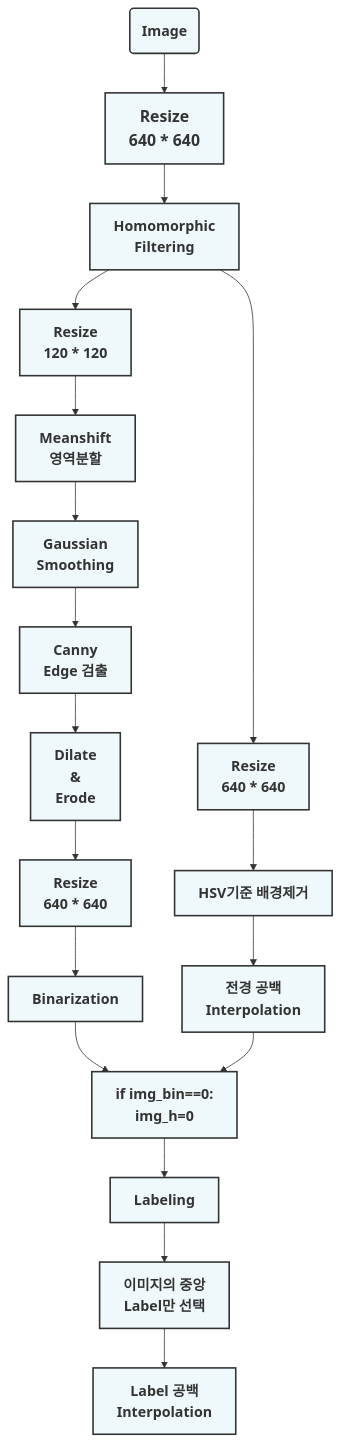
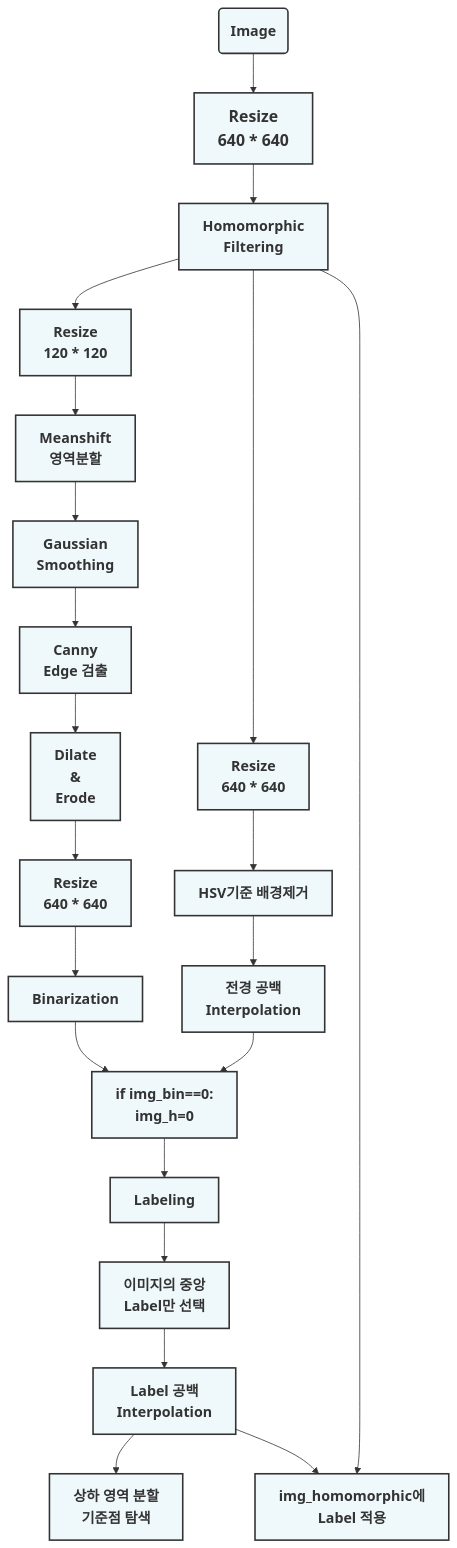
One commit to 201710808/-p changed the second of 2 diagrams in Readme.md. Above: the diagram before and after it, drawn with Mermaid.

````diff
--- a/Readme.md
+++ b/Readme.md
@@ -13,43 +13,50 @@
 ```mermaid
 graph
 A(<b><span style='font-size:18px'>Image</span></b>)-->B[<b><span style='font-size:20px'>Resize<br>640 * 640</span></b>]
 B-->C[<b><span style='font-size:18px'>Homomorphic<br>Filtering</span></b>]
 C-->D1[<b><span style='font-size:18px'>Resize<br>120 * 120</span></b>]
 D1-->E1[<b><span style='font-size:18px'>Meanshift<br>영역분할</span></b>]
 E1-->F1[<b><span style='font-size:18px'>Gaussian<br>Smoothing</span></b>]
 F1-->G[<b><span style='font-size:18px'>Canny<br>Edge 검출</span></b>]
 G-->H[<b><span style='font-size:18px'>Dilate<br>&<br>Erode</span></b>]
 H-->I[<b><span style='font-size:18px'>Resize<br>640 * 640</span></b>]
 I-->J[<b><span style='font-size:18px'>Binarization</span></b>]
 
 C-->D2[<b><span style='font-size:18px'>Resize<br>640 * 640</span></b>]
 D2-->E2[<b><span style='font-size:18px'>HSV기준 배경제거</span></b>]
 E2-->F2[<b><span style='font-size:18px'>전경 공백<br>Interpolation</span></b>]
 
 J-->K
 F2-->K[<b><span style='font-size:18px'>if img_bin==0:<br>img_h=0</span></b>]
 K-->L[<b><span style='font-size:18px'>Labeling</span></b>]
 L-->M[<b><span style='font-size:18px'>이미지의 중앙<br>Label만 선택</span></b>]
 M-->N[<b><span style='font-size:18px'>Label 공백<br>Interpolation</span></b>]
+N-->O1[<b><span style='font-size:18px'>상하 영역 분할<br>기준점 탐색</span></b>]
+
+C-->O2
+N-->O2[<b><span style='font-size:18px'>img_homomorphic에<br>Label 적용</span></b>]
 
 
 style A fill:#EFF8FB ,stroke:#333,stroke-width:2px
 style B fill:#EFF8FB ,stroke:#333,stroke-width:2px
 style C fill:#EFF8FB ,stroke:#333,stroke-width:2px
 style D1 fill:#EFF8FB ,stroke:#333,stroke-width:2px
 style E1 fill:#EFF8FB ,stroke:#333,stroke-width:2px
 style F1 fill:#EFF8FB ,stroke:#333,stroke-width:2px
 style G fill:#EFF8FB ,stroke:#333,stroke-width:2px
 style H fill:#EFF8FB ,stroke:#333,stroke-width:2px
 style I fill:#EFF8FB ,stroke:#333,stroke-width:2px
 style J fill:#EFF8FB ,stroke:#333,stroke-width:2px
 
 style D2 fill:#EFF8FB ,stroke:#333,stroke-width:2px
 style E2 fill:#EFF8FB ,stroke:#333,stroke-width:2px
 style F2 fill:#EFF8FB ,stroke:#333,stroke-width:2px
 
 style K fill:#EFF8FB ,stroke:#333,stroke-width:2px
 style L fill:#EFF8FB ,stroke:#333,stroke-width:2px
 style M fill:#EFF8FB ,stroke:#333,stroke-width:2px
 style N fill:#EFF8FB ,stroke:#333,stroke-width:2px
+style O1 fill:#EFF8FB ,stroke:#333,stroke-width:2px
+
+style O2 fill:#EFF8FB ,stroke:#333,stroke-width:2px
 ```
````
